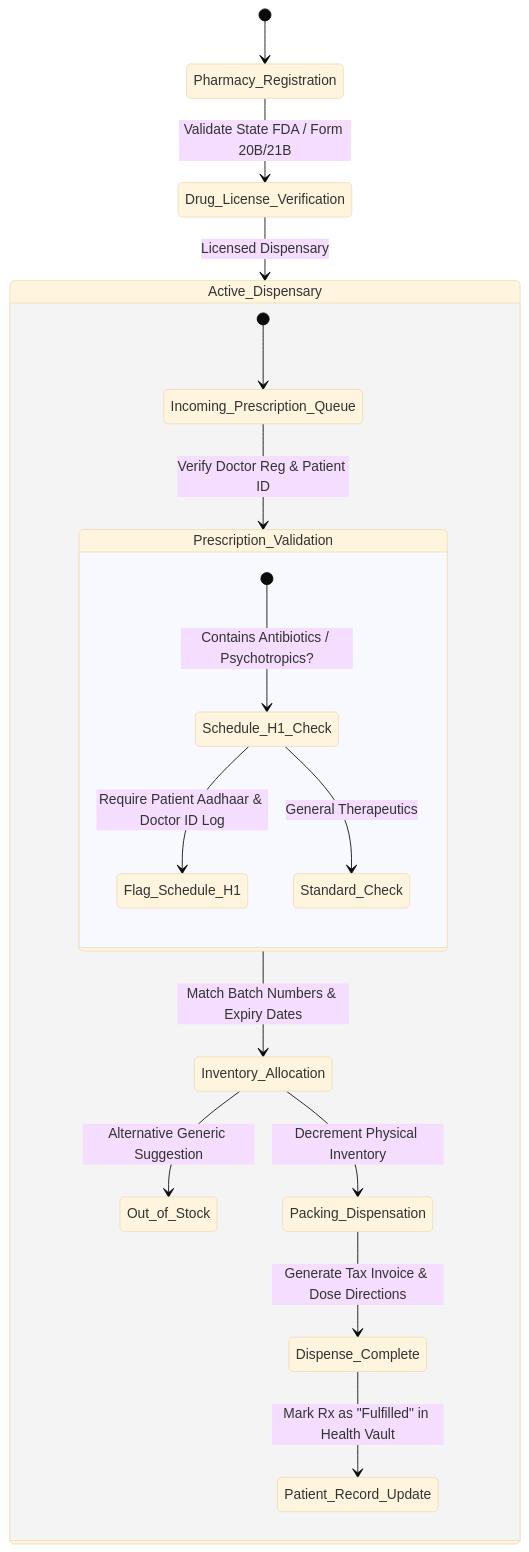
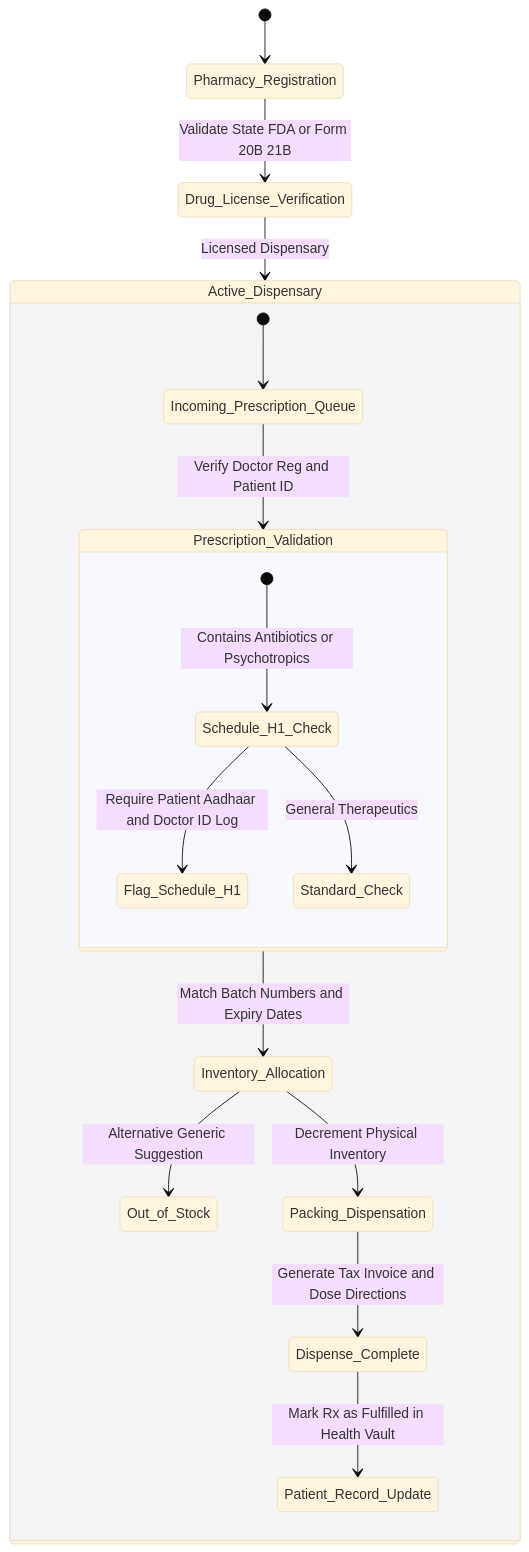
The fifth of 6 diagrams in README.md (yashasvi202006/WIDA), drawn with Mermaid (base theme) before and after one commit. The commit also changed other lines of this file, not shown here.

Commit message:
fix(docs): eliminate semicolons and special characters across all Mermaid diagrams

````diff
--- a/README.md
+++ b/README.md
@@ -330,24 +330,24 @@
 ```mermaid
 stateDiagram-v2
     [*] --> Pharmacy_Registration
-    Pharmacy_Registration --> Drug_License_Verification: Validate State FDA / Form 20B/21B
+    Pharmacy_Registration --> Drug_License_Verification: Validate State FDA or Form 20B 21B
     Drug_License_Verification --> Active_Dispensary: Licensed Dispensary
     
     state Active_Dispensary {
         [*] --> Incoming_Prescription_Queue
-        Incoming_Prescription_Queue --> Prescription_Validation: Verify Doctor Reg & Patient ID
+        Incoming_Prescription_Queue --> Prescription_Validation: Verify Doctor Reg and Patient ID
         
         state Prescription_Validation {
-            [*] --> Schedule_H1_Check: Contains Antibiotics / Psychotropics?
-            Schedule_H1_Check --> Flag_Schedule_H1: Require Patient Aadhaar & Doctor ID Log
+            [*] --> Schedule_H1_Check: Contains Antibiotics or Psychotropics
+            Schedule_H1_Check --> Flag_Schedule_H1: Require Patient Aadhaar and Doctor ID Log
             Schedule_H1_Check --> Standard_Check: General Therapeutics
         }
         
-        Prescription_Validation --> Inventory_Allocation: Match Batch Numbers & Expiry Dates
+        Prescription_Validation --> Inventory_Allocation: Match Batch Numbers and Expiry Dates
         Inventory_Allocation --> Out_of_Stock: Alternative Generic Suggestion
         Inventory_Allocation --> Packing_Dispensation: Decrement Physical Inventory
         
-        Packing_Dispensation --> Dispense_Complete: Generate Tax Invoice & Dose Directions
-        Dispense_Complete --> Patient_Record_Update: Mark Rx as "Fulfilled" in Health Vault
+        Packing_Dispensation --> Dispense_Complete: Generate Tax Invoice and Dose Directions
+        Dispense_Complete --> Patient_Record_Update: Mark Rx as Fulfilled in Health Vault
     }
 ```
````
